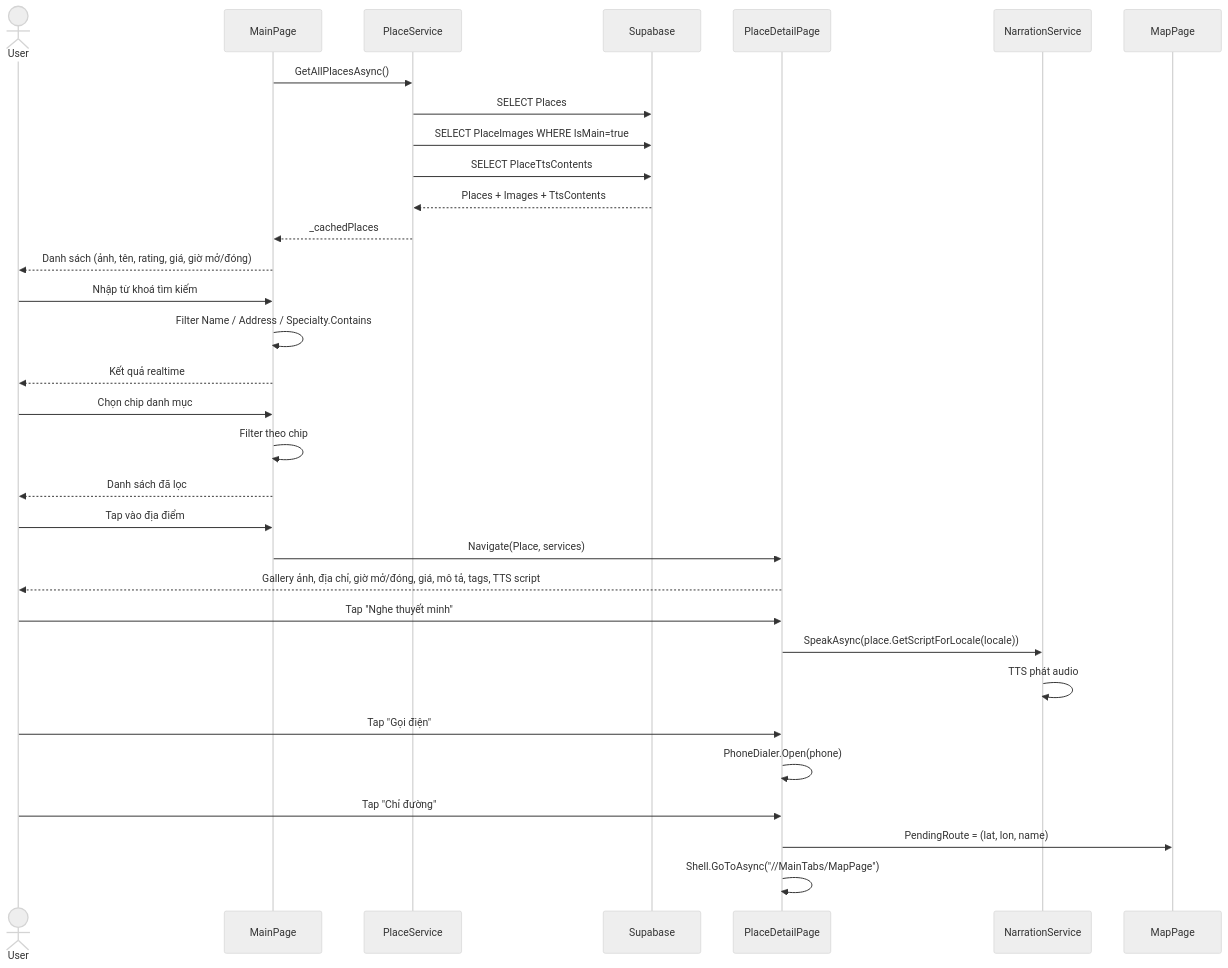
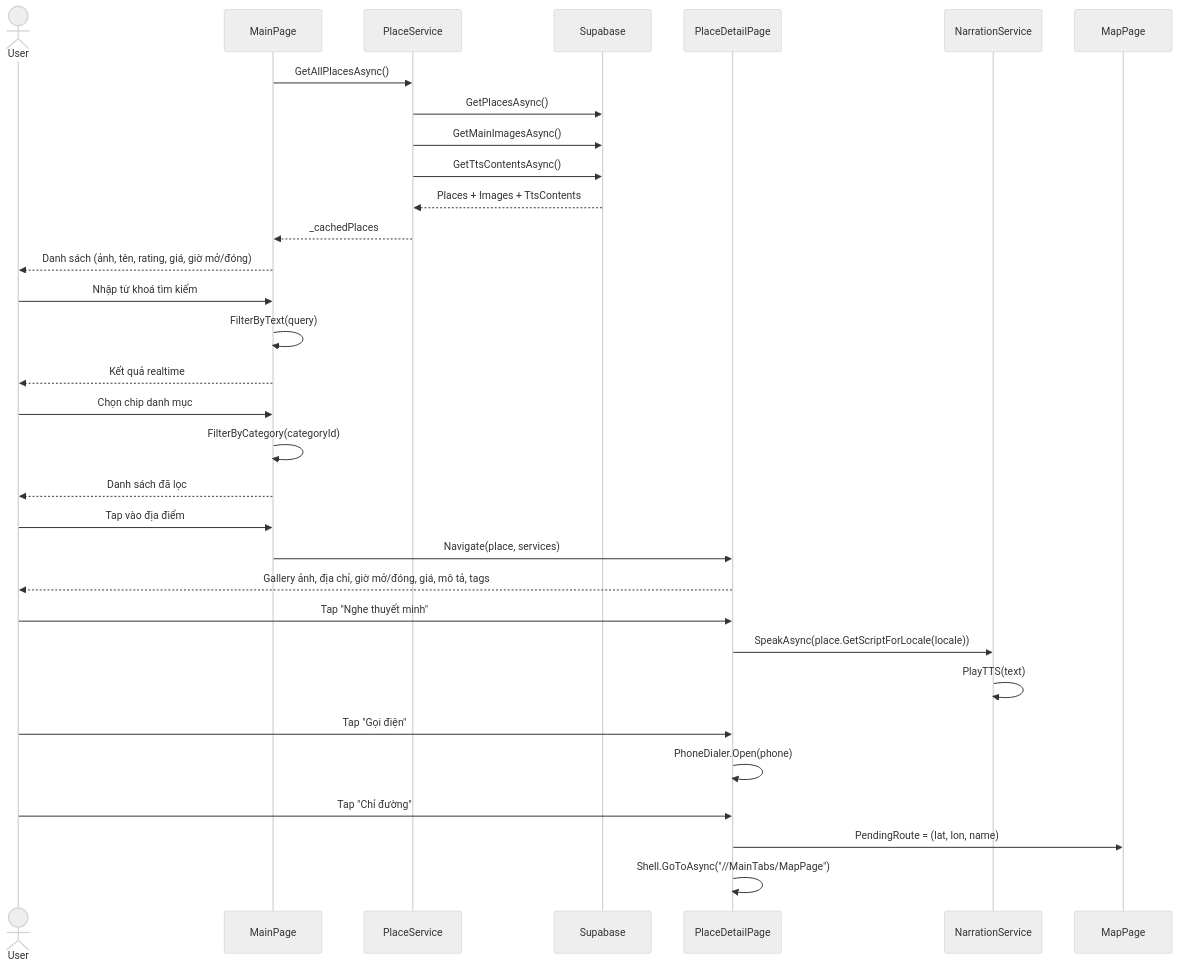
One commit to MTai55/csharp changed the tenth of 27 diagrams in PRD.md. Above: the diagram before and after it, drawn with Mermaid (neutral theme). The commit also changed other lines of this file, not shown here.

Commit message:
Sửa Sequence trong prd

````diff
--- a/PRD.md
+++ b/PRD.md
@@ -1615,41 +1633,41 @@
 ```mermaid
 sequenceDiagram
     actor User
     participant MainPage
     participant PlaceService
     participant Supabase
     participant PDP as PlaceDetailPage
     participant NS as NarrationService
     participant MapPage
 
     MainPage->>PlaceService: GetAllPlacesAsync()
-    PlaceService->>Supabase: SELECT Places
-    PlaceService->>Supabase: SELECT PlaceImages WHERE IsMain=true
-    PlaceService->>Supabase: SELECT PlaceTtsContents
+    PlaceService->>Supabase: GetPlacesAsync()
+    PlaceService->>Supabase: GetMainImagesAsync()
+    PlaceService->>Supabase: GetTtsContentsAsync()
     Supabase-->>PlaceService: Places + Images + TtsContents
     PlaceService-->>MainPage: _cachedPlaces
     MainPage-->>User: Danh sách (ảnh, tên, rating, giá, giờ mở/đóng)
 
     User->>MainPage: Nhập từ khoá tìm kiếm
-    MainPage->>MainPage: Filter Name / Address / Specialty.Contains
+    MainPage->>MainPage: FilterByText(query)
     MainPage-->>User: Kết quả realtime
 
     User->>MainPage: Chọn chip danh mục
-    MainPage->>MainPage: Filter theo chip
+    MainPage->>MainPage: FilterByCategory(categoryId)
     MainPage-->>User: Danh sách đã lọc
 
     User->>MainPage: Tap vào địa điểm
-    MainPage->>PDP: Navigate(Place, services)
-    PDP-->>User: Gallery ảnh, địa chỉ, giờ mở/đóng, giá, mô tả, tags, TTS script
+    MainPage->>PDP: Navigate(place, services)
+    PDP-->>User: Gallery ảnh, địa chỉ, giờ mở/đóng, giá, mô tả, tags
 
     User->>PDP: Tap "Nghe thuyết minh"
     PDP->>NS: SpeakAsync(place.GetScriptForLocale(locale))
-    NS->>NS: TTS phát audio
+    NS->>NS: PlayTTS(text)
 
     User->>PDP: Tap "Gọi điện"
     PDP->>PDP: PhoneDialer.Open(phone)
 
     User->>PDP: Tap "Chỉ đường"
     PDP->>MapPage: PendingRoute = (lat, lon, name)
     PDP->>PDP: Shell.GoToAsync("//MainTabs/MapPage")
 ```
````
